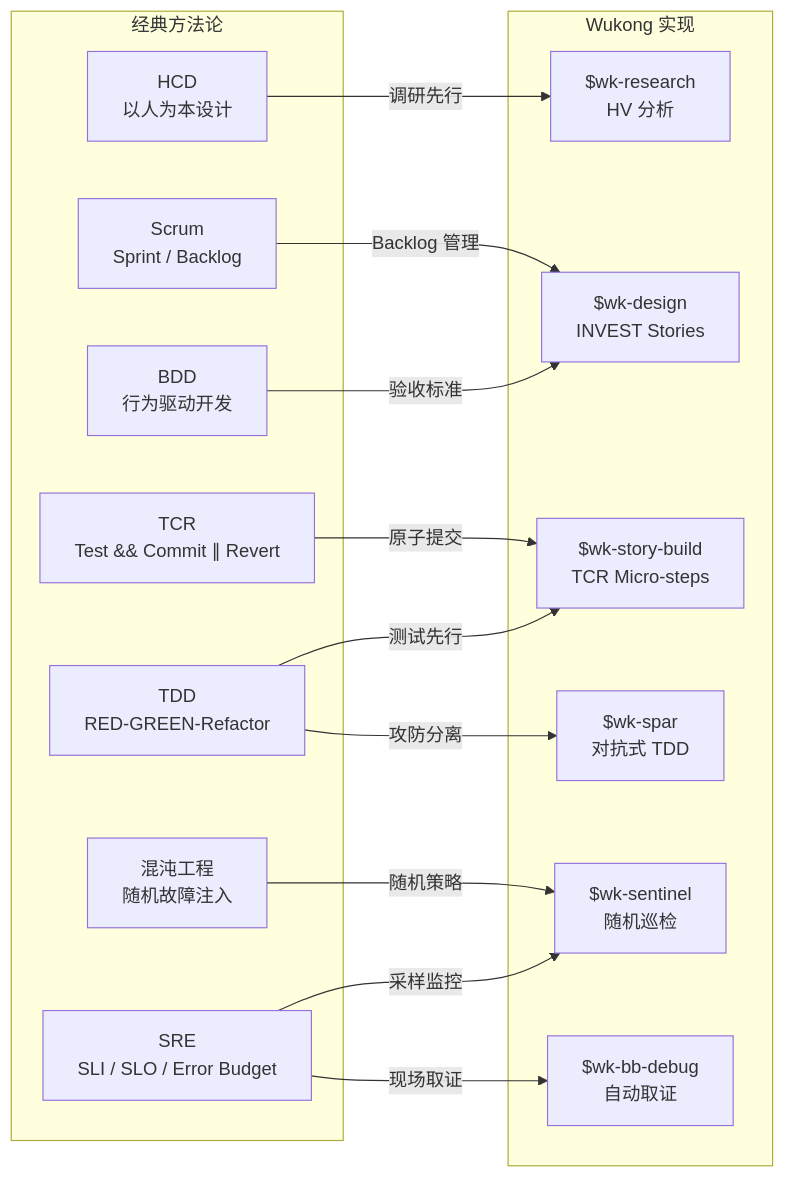
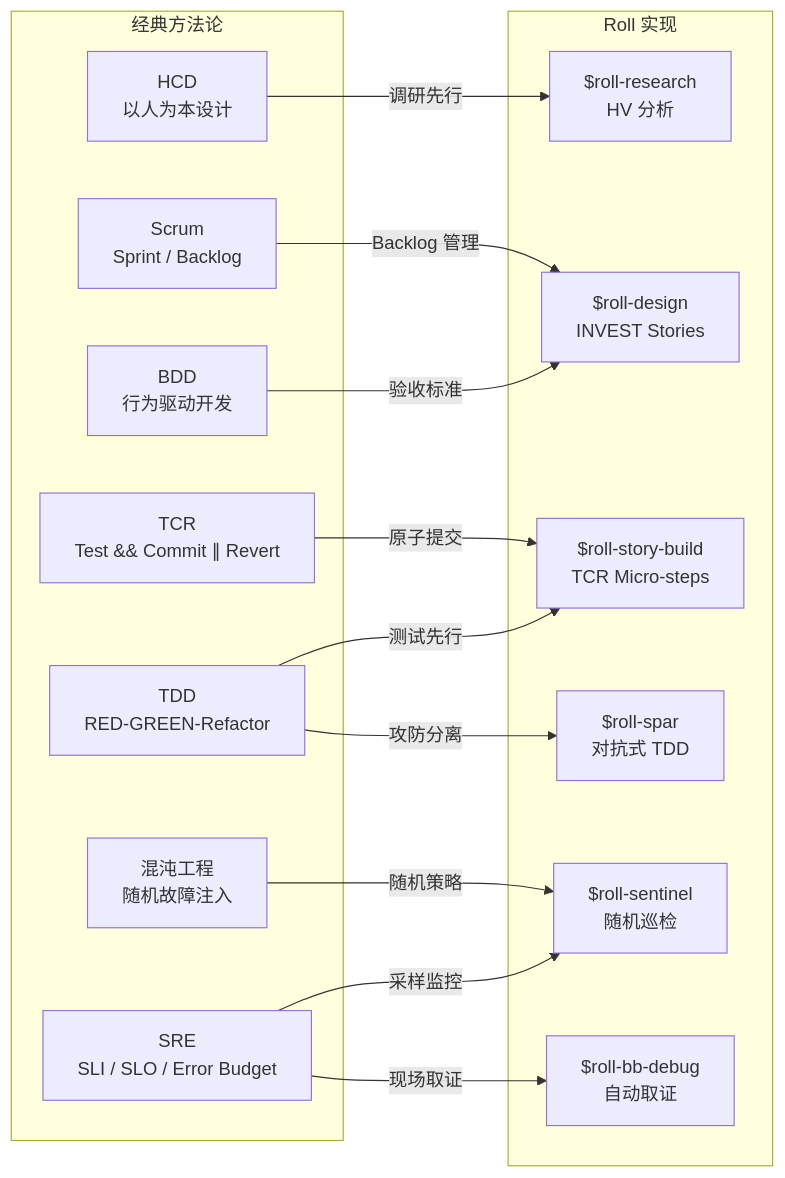
One commit to seanyao/roll changed the second of 2 diagrams in docs/methodology.md. Above: the diagram before and after it, drawn with Mermaid. The commit also changed other lines of this file and 28 other files, not shown here.

Commit message:
[claude code] Story US-ROLL-002: rename skills wk-*→roll-*, fix all references + tests

````diff
--- a/docs/methodology.md
+++ b/docs/methodology.md
@@ -538,31 +538,31 @@
 ```mermaid
 graph LR
     subgraph "经典方法论"
         HCD["HCD<br/>以人为本设计"]
         BDD["BDD<br/>行为驱动开发"]
         S["Scrum<br/>Sprint / Backlog"]
         T["TDD<br/>RED-GREEN-Refactor"]
         TCR["TCR<br/>Test && Commit ∥ Revert"]
         SRE["SRE<br/>SLI / SLO / Error Budget"]
         CE["混沌工程<br/>随机故障注入"]
     end
 
-    subgraph "Wukong 实现"
-        R["$wk-research<br/>HV 分析"]
-        D["$wk-design<br/>INVEST Stories"]
-        SB["$wk-story-build<br/>TCR Micro-steps"]
-        SP["$wk-spar<br/>对抗式 TDD"]
-        SE["$wk-sentinel<br/>随机巡检"]
-        BB["$wk-bb-debug<br/>自动取证"]
+    subgraph "Roll 实现"
+        R["$roll-research<br/>HV 分析"]
+        D["$roll-design<br/>INVEST Stories"]
+        SB["$roll-story-build<br/>TCR Micro-steps"]
+        SP["$roll-spar<br/>对抗式 TDD"]
+        SE["$roll-sentinel<br/>随机巡检"]
+        BB["$roll-bb-debug<br/>自动取证"]
     end
 
     HCD -->|"调研先行"| R
     BDD -->|"验收标准"| D
     S -->|"Backlog 管理"| D
     T -->|"测试先行"| SB
     TCR -->|"原子提交"| SB
     T -->|"攻防分离"| SP
     SRE -->|"采样监控"| SE
     CE -->|"随机策略"| SE
     SRE -->|"现场取证"| BB
 ```
````
